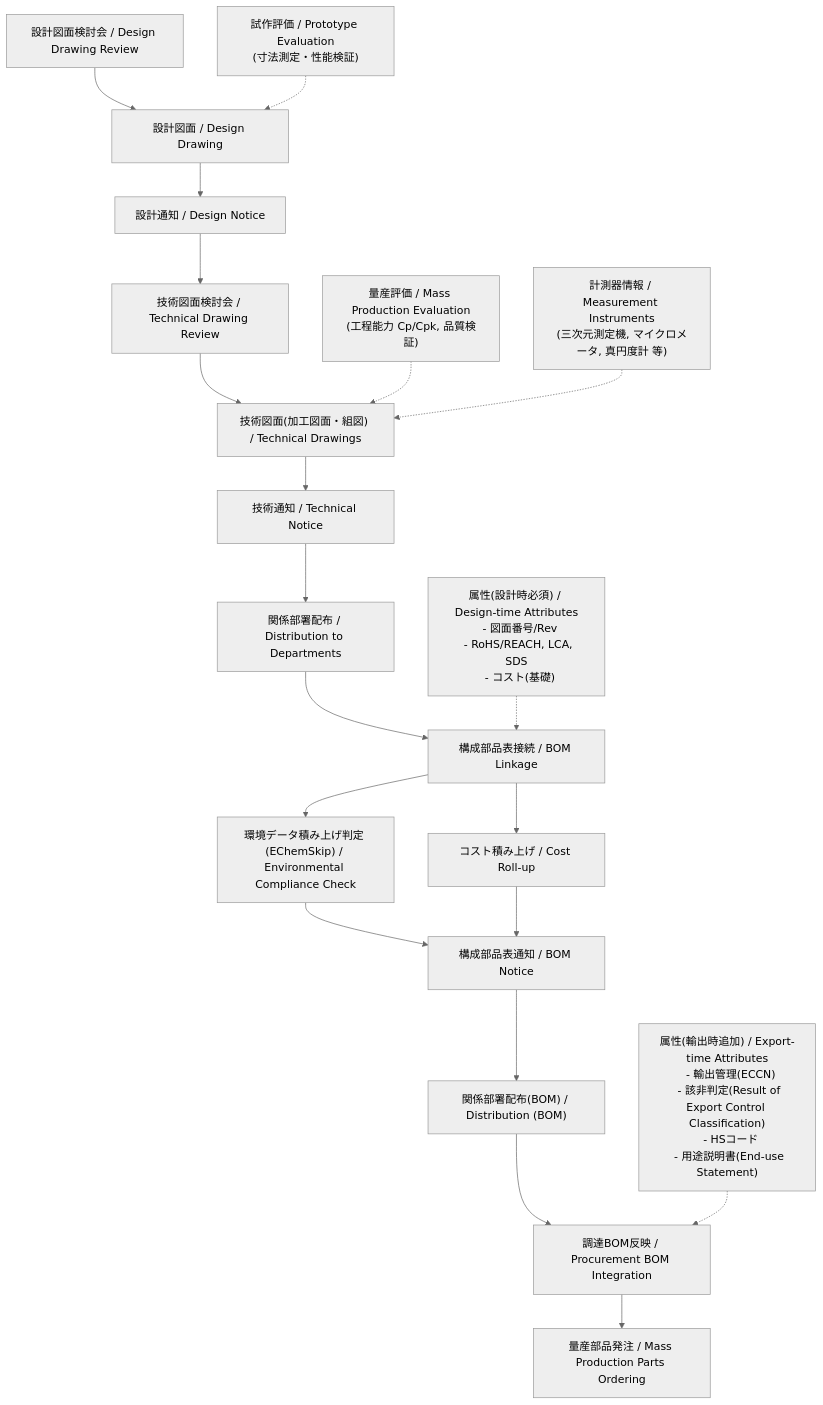
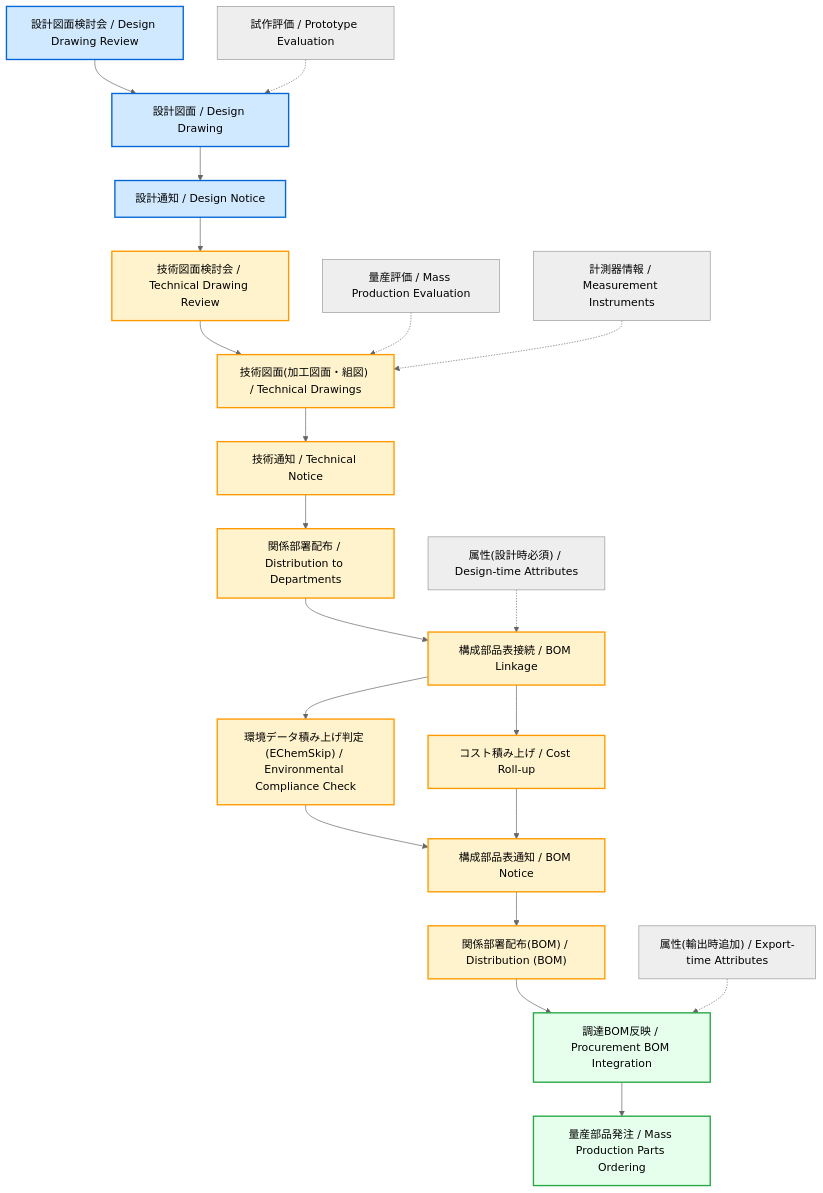
One commit to Samizo-AITL/EduMecha changed the diagram in 08_production_process/production_process_flow.md. Above: the diagram before and after it, drawn with Mermaid (neutral theme).

````diff
--- a/08_production_process/production_process_flow.md
+++ b/08_production_process/production_process_flow.md
@@ -28,38 +28,51 @@
 ```mermaid
 flowchart TD
+  %% 設計フロー
   A["設計図面検討会 / Design Drawing Review"] --> B["設計図面 / Design Drawing"]
   B --> C["設計通知 / Design Notice"]
+
+  %% 技術フロー
   C --> D["技術図面検討会 / Technical Drawing Review"]
   D --> E["技術図面(加工図面・組図) / Technical Drawings"]
   E --> F["技術通知 / Technical Notice"]
   F --> G["関係部署配布 / Distribution to Departments"]
   G --> H["構成部品表接続 / BOM Linkage"]
 
-  %% 新規追加ステップ
+  %% 評価・積み上げ
   H --> H1["環境データ積み上げ判定 (EChemSkip) / Environmental Compliance Check"]
   H --> H2["コスト積み上げ / Cost Roll-up"]
-
   H1 --> I["構成部品表通知 / BOM Notice"]
   H2 --> I
+  I --> J["関係部署配布(BOM) / Distribution (BOM)"]
 
-  I --> J["関係部署配布(BOM) / Distribution (BOM)"]
+  %% 調達フロー
   J --> K["調達BOM反映 / Procurement BOM Integration"]
   K --> L["量産部品発注 / Mass Production Parts Ordering"]
 
   %% 属性群
-  S1["属性(設計時必須) / Design-time Attributes
-  - 図面番号/Rev
-  - RoHS/REACH, LCA, SDS
-  - コスト(基礎)"] -.-> H
-
-  S2["属性(輸出時追加) / Export-time Attributes
-  - 輸出管理(ECCN)
-  - 該非判定(Result of Export Control Classification)
-  - HSコード
-  - 用途説明書(End-use Statement)"] -.-> K
+  S1["属性(設計時必須) / Design-time Attributes"] -.-> H
+  S2["属性(輸出時追加) / Export-time Attributes"] -.-> K
 
   %% 横から加わる評価・計測情報
-  P1["試作評価 / Prototype Evaluation\n(寸法測定・性能検証)"] -.-> B
-  P2["量産評価 / Mass Production Evaluation\n(工程能力 Cp/Cpk, 品質検証)"] -.-> E
-  P3["計測器情報 / Measurement Instruments\n(三次元測定機, マイクロメータ, 真円度計 等)"] -.-> E
+  P1["試作評価 / Prototype Evaluation"] -.-> B
+  P2["量産評価 / Mass Production Evaluation"] -.-> E
+  P3["計測器情報 / Measurement Instruments"] -.-> E
+
+  %% 色分けスタイル
+  style A fill:#d1e9ff,stroke:#0366d6,stroke-width:2px
+  style B fill:#d1e9ff,stroke:#0366d6,stroke-width:2px
+  style C fill:#d1e9ff,stroke:#0366d6,stroke-width:2px
+
+  style D fill:#fff3cd,stroke:#ff9900,stroke-width:2px
+  style E fill:#fff3cd,stroke:#ff9900,stroke-width:2px
+  style F fill:#fff3cd,stroke:#ff9900,stroke-width:2px
+  style G fill:#fff3cd,stroke:#ff9900,stroke-width:2px
+  style H fill:#fff3cd,stroke:#ff9900,stroke-width:2px
+  style H1 fill:#fff3cd,stroke:#ff9900,stroke-width:2px
+  style H2 fill:#fff3cd,stroke:#ff9900,stroke-width:2px
+  style I fill:#fff3cd,stroke:#ff9900,stroke-width:2px
+  style J fill:#fff3cd,stroke:#ff9900,stroke-width:2px
+
+  style K fill:#e6ffed,stroke:#28a745,stroke-width:2px
+  style L fill:#e6ffed,stroke:#28a745,stroke-width:2px
 ```
````
